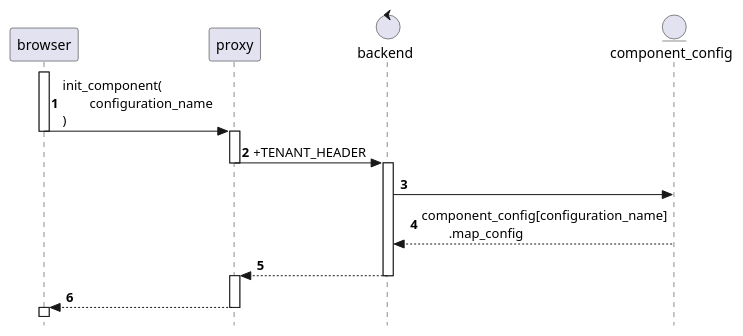
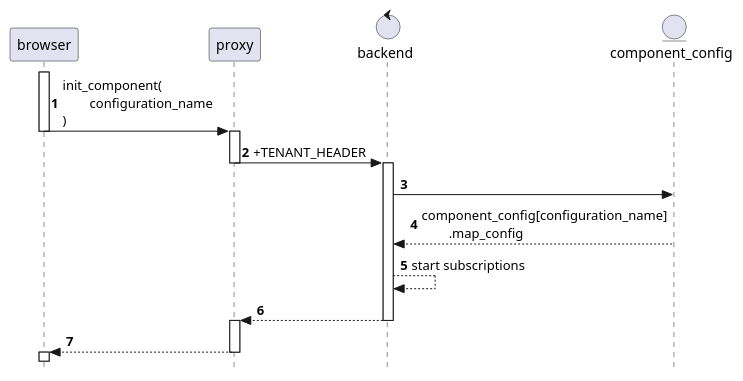
One commit to oss-vienna-at/movin-things changed the diagram in docs/docs/uml/src/api_client_init_component.puml. Above: the diagram before and after it, drawn with PlantUML. The commit also changed 18 other files, not shown here.

```diff
--- a/docs/docs/uml/src/api_client_init_component.puml
+++ b/docs/docs/uml/src/api_client_init_component.puml
@@ -1,28 +1,29 @@
 @startuml
 'https://plantuml.com/sequence-diagram
 
 autonumber
 skinparam style strictuml
 
 participant browser as br
 participant proxy as pr
 control backend as b
 entity component_config as c
 
 activate br
 br -> pr: init_component(\n\tconfiguration_name\n)
 deactivate br
 activate pr
 pr -> b: +TENANT_HEADER
 deactivate pr
 activate b
 b -> c:
 c --> b: component_config[configuration_name]\n\t.map_config
+b --> b: start subscriptions
 b --> pr:
 deactivate b
 activate pr
 pr --> br:
 deactivate pr
 activate br
 
 @enduml
```
